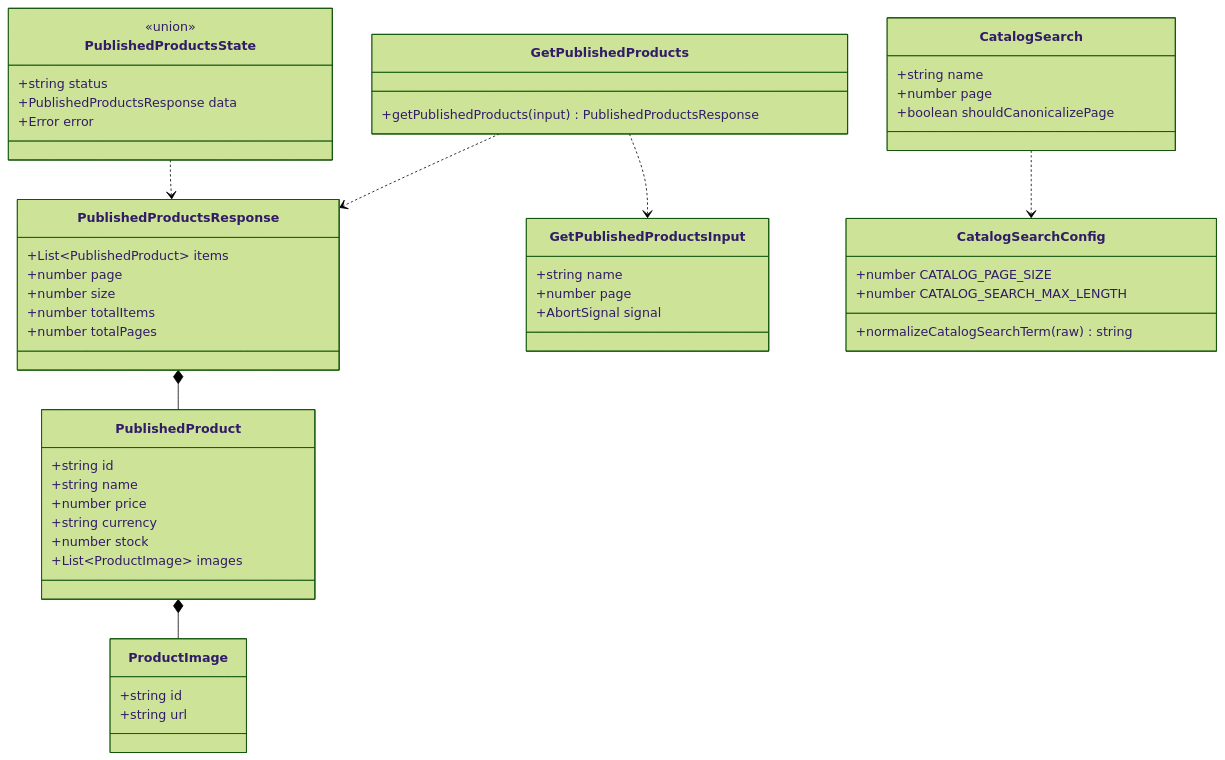
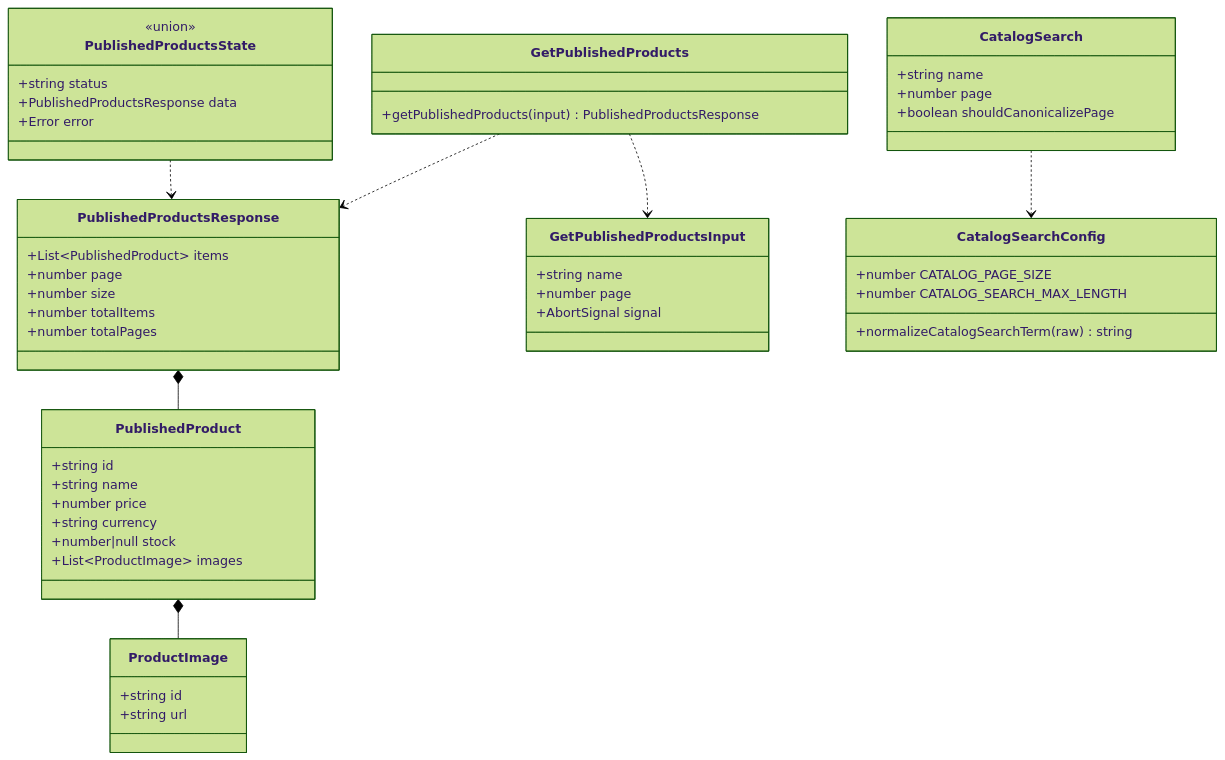
One commit to Dariosoft/fes-client-web changed the second of 5 diagrams in specs/002-storefront-product-grid/uml.md. Above: the diagram before and after it, drawn with Mermaid (forest theme). The commit also changed 4 other files, not shown here.

````diff
--- a/specs/002-storefront-product-grid/uml.md
+++ b/specs/002-storefront-product-grid/uml.md
@@ -71,60 +71,60 @@
 ```mermaid
 classDiagram
   class PublishedProductsResponse {
     +List~PublishedProduct~ items
     +number page
     +number size
     +number totalItems
     +number totalPages
   }
 
   class PublishedProduct {
     +string id
     +string name
     +number price
     +string currency
-    +number stock
+    +number|null stock
     +List~ProductImage~ images
   }
 
   class ProductImage {
     +string id
     +string url
   }
 
   class CatalogSearch {
     +string name
     +number page
     +boolean shouldCanonicalizePage
   }
 
   class CatalogSearchConfig {
     +number CATALOG_PAGE_SIZE
     +number CATALOG_SEARCH_MAX_LENGTH
     +normalizeCatalogSearchTerm(raw) string
   }
 
   class GetPublishedProductsInput {
     +string name
     +number page
     +AbortSignal signal
   }
 
   class GetPublishedProducts {
     +getPublishedProducts(input) PublishedProductsResponse
   }
 
   class PublishedProductsState {
     <<union>>
     +string status
     +PublishedProductsResponse data
     +Error error
   }
 
   PublishedProductsResponse *-- PublishedProduct
   PublishedProduct *-- ProductImage
   CatalogSearch ..> CatalogSearchConfig
   GetPublishedProducts ..> GetPublishedProductsInput
   GetPublishedProducts ..> PublishedProductsResponse
   PublishedProductsState ..> PublishedProductsResponse
 ```
````
